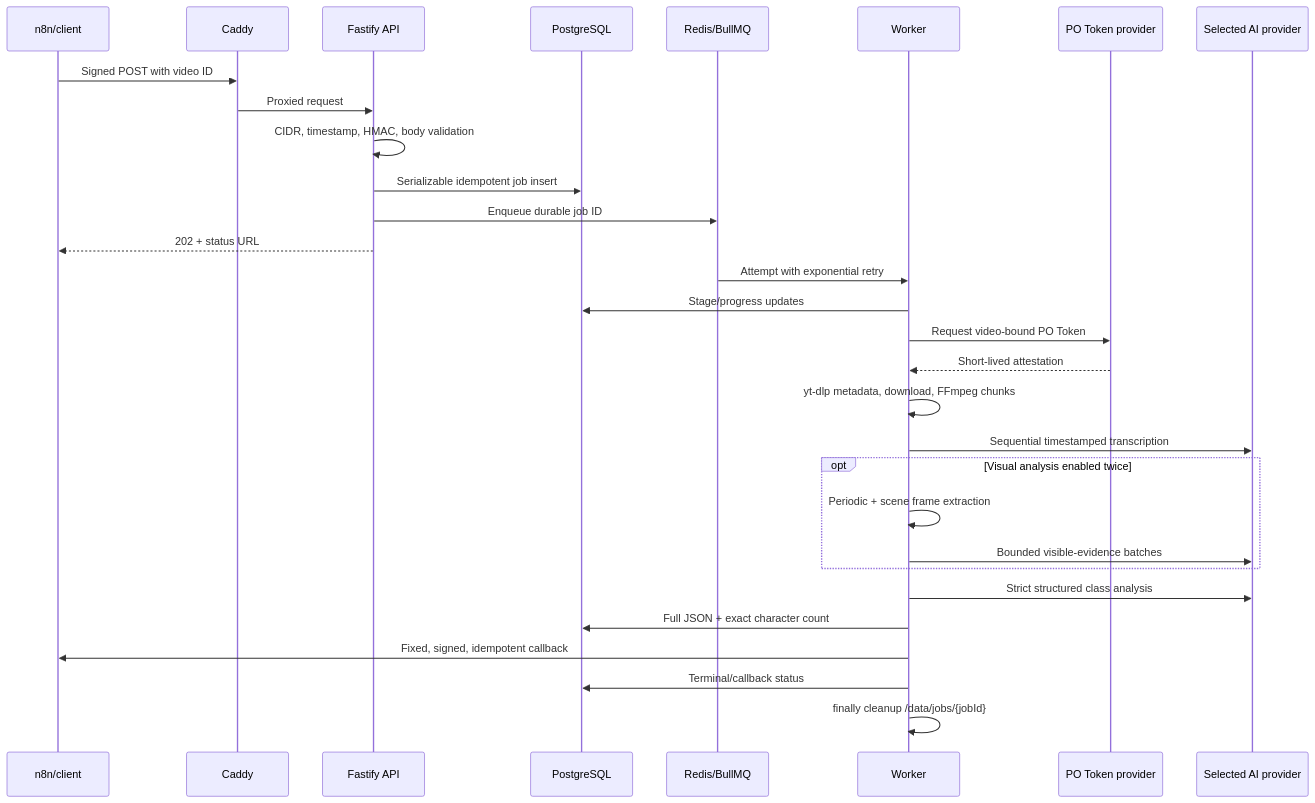
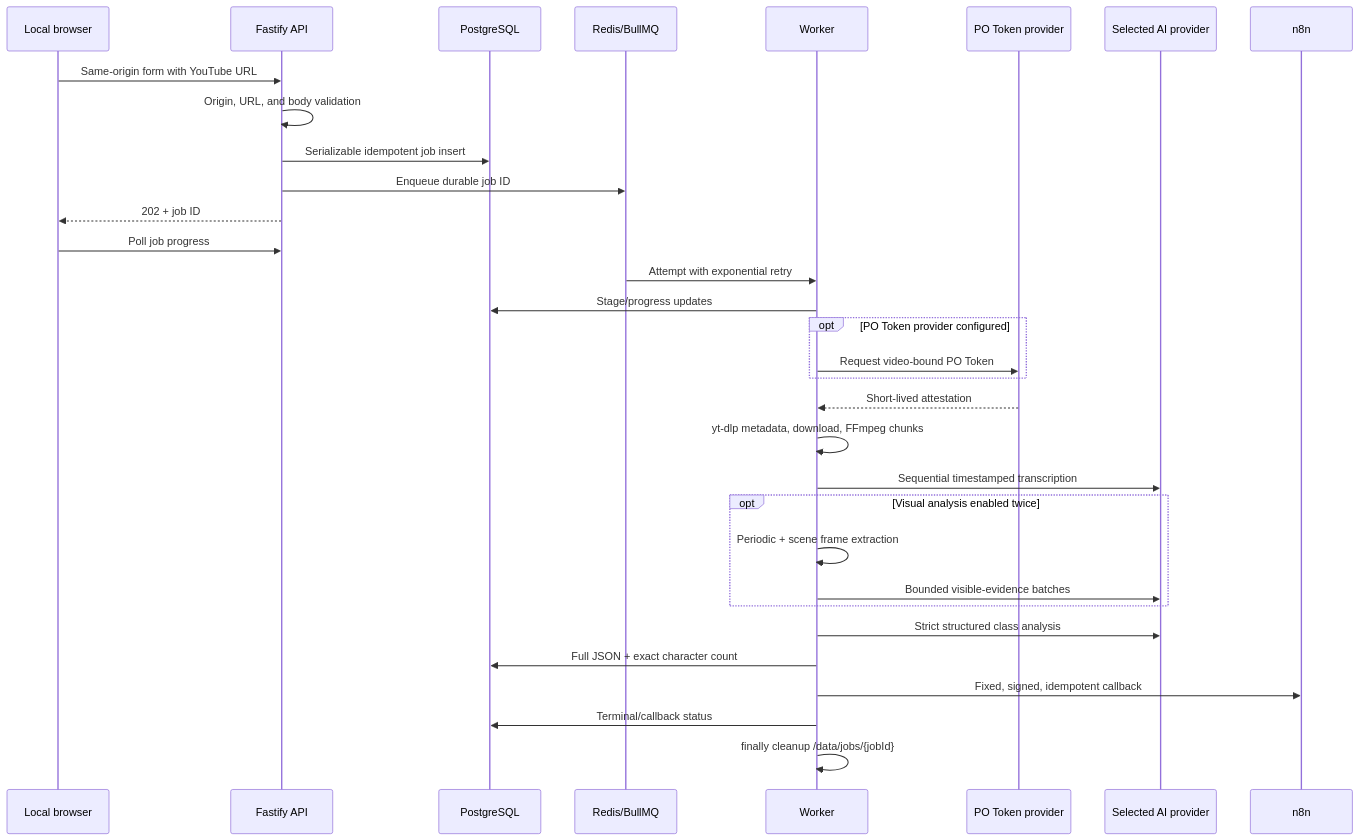
One commit to rierale0/etm-class-engine changed the diagram in docs/architecture.md. Above: the diagram before and after it, drawn with Mermaid. The commit also changed other lines of this file and 18 other files, not shown here.

Commit message:
Add local browser workflow

````diff
--- a/docs/architecture.md
+++ b/docs/architecture.md
@@ -5,33 +5,35 @@
 ```mermaid
 sequenceDiagram
-    participant N as n8n/client
-    participant C as Caddy
+    participant B as Local browser
     participant A as Fastify API
     participant P as PostgreSQL
     participant Q as Redis/BullMQ
     participant W as Worker
     participant T as PO Token provider
     participant O as Selected AI provider
+    participant N as n8n
 
-    N->>C: Signed POST with video ID
-    C->>A: Proxied request
-    A->>A: CIDR, timestamp, HMAC, body validation
+    B->>A: Same-origin form with YouTube URL
+    A->>A: Origin, URL, and body validation
     A->>P: Serializable idempotent job insert
     A->>Q: Enqueue durable job ID
-    A-->>N: 202 + status URL
+    A-->>B: 202 + job ID
+    B->>A: Poll job progress
     Q->>W: Attempt with exponential retry
     W->>P: Stage/progress updates
-    W->>T: Request video-bound PO Token
+    opt PO Token provider configured
+        W->>T: Request video-bound PO Token
+    end
     T-->>W: Short-lived attestation
     W->>W: yt-dlp metadata, download, FFmpeg chunks
     W->>O: Sequential timestamped transcription
     opt Visual analysis enabled twice
         W->>W: Periodic + scene frame extraction
         W->>O: Bounded visible-evidence batches
     end
     W->>O: Strict structured class analysis
     W->>P: Full JSON + exact character count
     W->>N: Fixed, signed, idempotent callback
     W->>P: Terminal/callback status
     W->>W: finally cleanup /data/jobs/{jobId}
 ```
````
